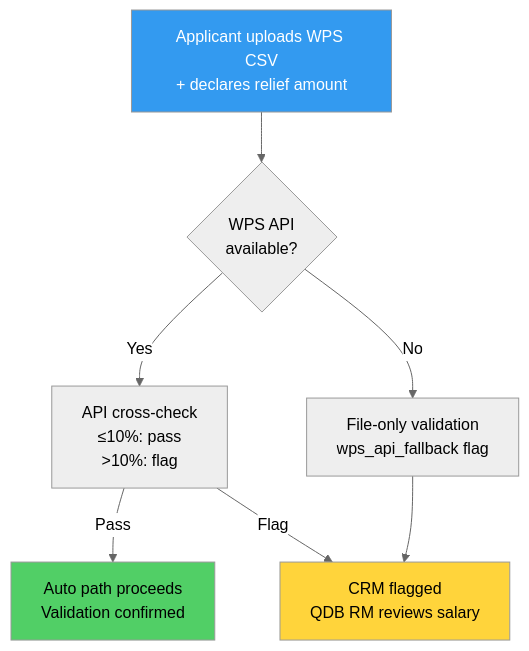
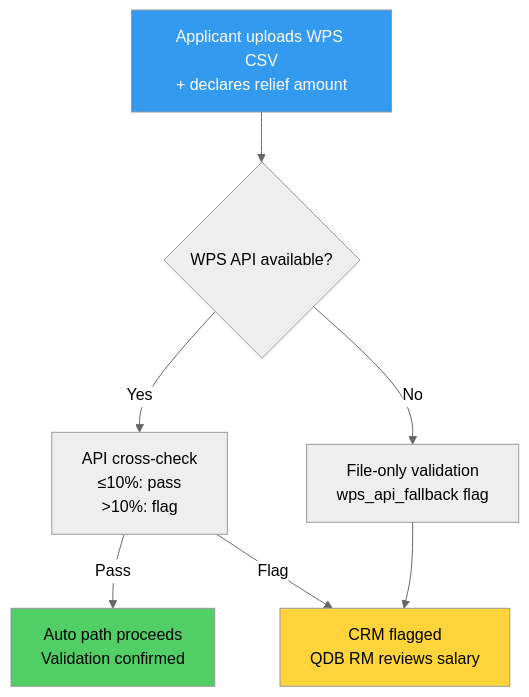
Before and after one commit to Tamoura/Claude-Code-creates-the-SW-company: the third of 3 diagrams in products/qdb-sme-relief/docs/ADRs/ADR-003-wps-validation.md, drawn with Mermaid (neutral theme). The commit also changed other lines of this file and 4 other files, not shown here.

First line of the commit message:
fix(qdb-sme-relief): fix literal \n in Mermaid diagrams across all new docs

````diff
--- a/products/qdb-sme-relief/docs/ADRs/ADR-003-wps-validation.md
+++ b/products/qdb-sme-relief/docs/ADRs/ADR-003-wps-validation.md
@@ -175,13 +175,13 @@
 ```mermaid
 graph TD
-    A["Applicant uploads WPS CSV\n+ declares relief amount"] --> B{WPS API\navailable?}
-    B -->|Yes| C["API cross-check\n≤10%: pass\n>10%: flag"]
-    B -->|No| D["File-only validation\nwps_api_fallback flag"]
-    C -->|Pass| E["Auto path proceeds\nValidation confirmed"]
-    C -->|Flag| F["CRM flagged\nQDB RM reviews salary"]
+    A["Applicant uploads WPS CSV<br/>+ declares relief amount"] --> B{WPS API available?}
+    B -->|Yes| C["API cross-check<br/>≤10%: pass<br/>>10%: flag"]
+    B -->|No| D["File-only validation<br/>wps_api_fallback flag"]
+    C -->|Pass| E["Auto path proceeds<br/>Validation confirmed"]
+    C -->|Flag| F["CRM flagged<br/>QDB RM reviews salary"]
     D --> F
 
     style E fill:#51cf66,color:#000
     style F fill:#ffd43b,color:#000
     style A fill:#339af0,color:#fff
 ```
````
